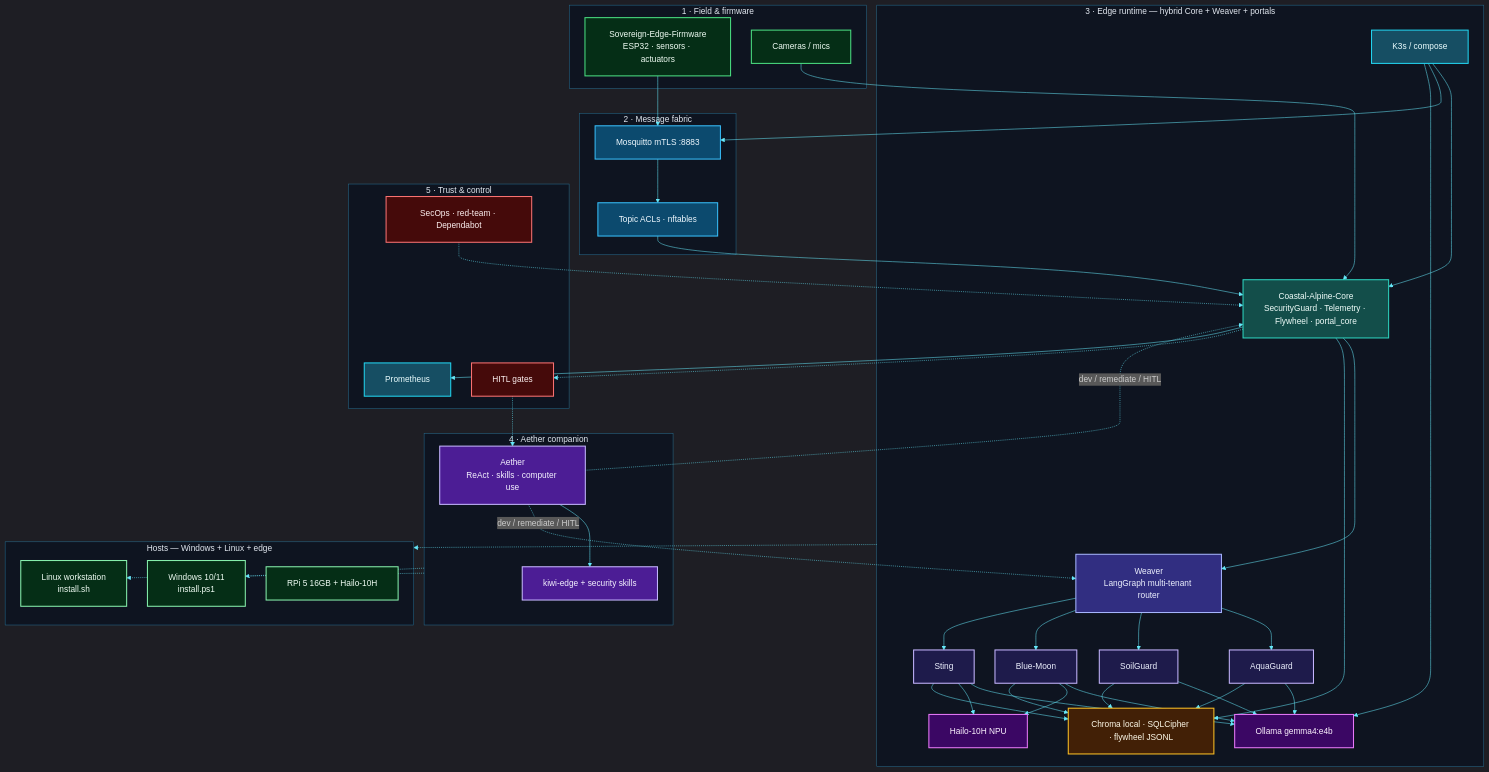
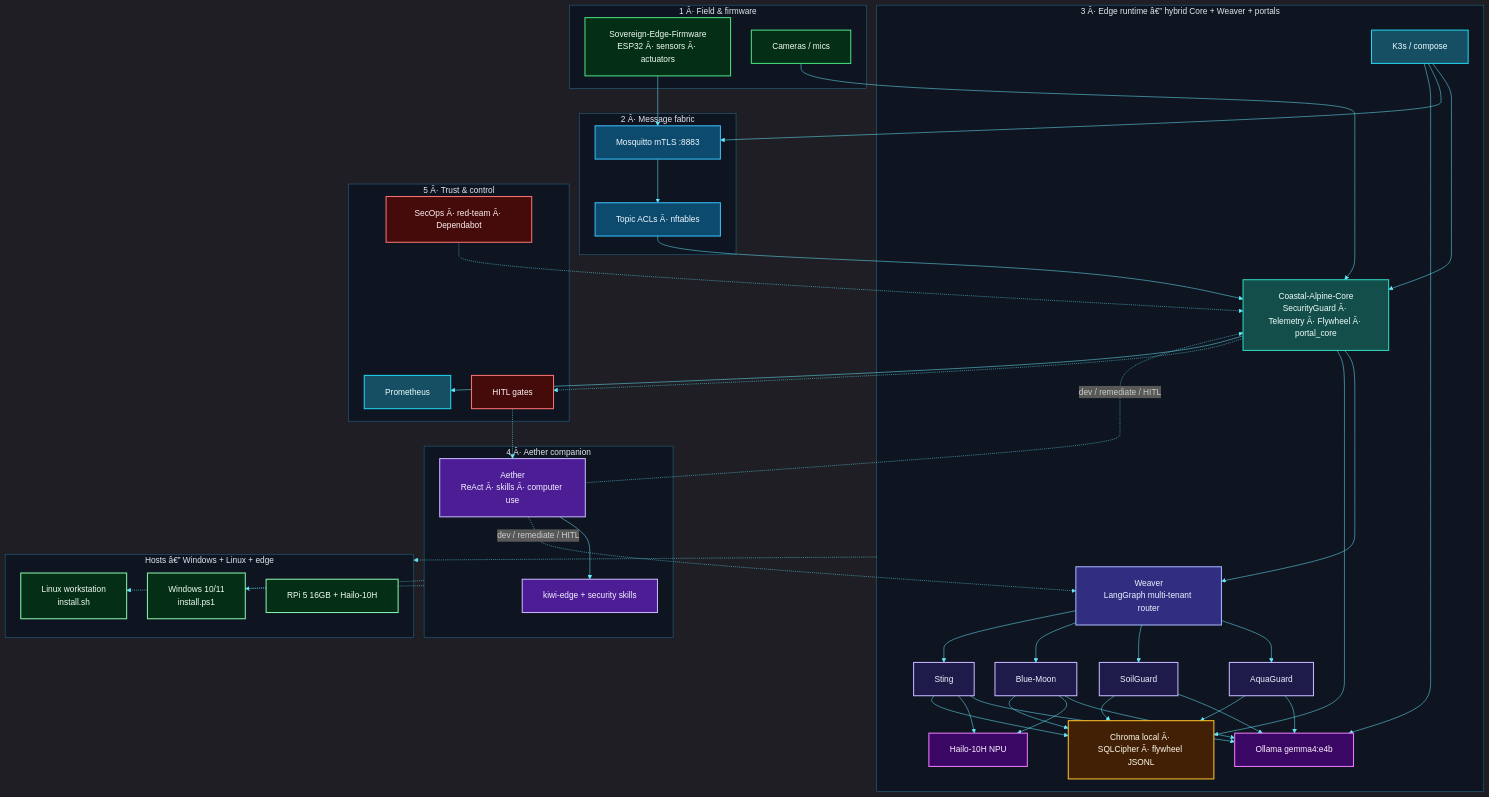
Before and after one commit to fivepanelhat/coastal-alpine-stack: the diagram in README.md, drawn with Mermaid. The commit also changed other lines of this file and 8 other files, not shown here.

```diff
--- a/README.md
+++ b/README.md
@@ -98,19 +115,19 @@
     classDef companion fill:#4c1d95,stroke:#c4b5fd,stroke-width:2px,color:#f5f3ff
     classDef host fill:#052e16,stroke:#86efac,stroke-width:2px,color:#f0fdf4
 
-    subgraph FIELD["1 · Field & firmware"]
-        ESP["Sovereign-Edge-Firmware<br/>ESP32 · sensors · actuators"]
+    subgraph FIELD["1 Â· Field & firmware"]
+        ESP["Sovereign-Edge-Firmware<br/>ESP32 Â· sensors Â· actuators"]
         CAM["Cameras / mics"]
     end
 
-    subgraph FABRIC["2 · Message fabric"]
+    subgraph FABRIC["2 Â· Message fabric"]
         MQTT["Mosquitto mTLS :8883"]
-        ACL["Topic ACLs · nftables"]
+        ACL["Topic ACLs Â· nftables"]
     end
 
-    subgraph NODE["3 · Edge runtime — hybrid Core + Weaver + portals"]
+    subgraph NODE["3 Â· Edge runtime â€” hybrid Core + Weaver + portals"]
         K3["K3s / compose"]
-        CORE["Coastal-Alpine-Core<br/>SecurityGuard · Telemetry · Flywheel · portal_core"]
+        CORE["Coastal-Alpine-Core<br/>SecurityGuard Â· Telemetry Â· Flywheel Â· portal_core"]
         W["Weaver<br/>LangGraph multi-tenant router"]
         AQ["AquaGuard"]
         SO["SoilGuard"]
@@ -118,21 +135,21 @@
         ST["Sting"]
         OLL["Ollama gemma4:e4b"]
         HAI["Hailo-10H NPU"]
-        MEM["Chroma local · SQLCipher · flywheel JSONL"]
+        MEM["Chroma local Â· SQLCipher Â· flywheel JSONL"]
     end
 
-    subgraph COMPANION["4 · Aether companion"]
-        AETH["Aether<br/>ReAct · skills · computer use"]
+    subgraph COMPANION["4 Â· Aether companion"]
+        AETH["Aether<br/>ReAct Â· skills Â· computer use"]
         SK["kiwi-edge + security skills"]
     end
 
-    subgraph TRUST["5 · Trust & control"]
+    subgraph TRUST["5 Â· Trust & control"]
         HITL["HITL gates"]
-        SEC["SecOps · red-team · Dependabot"]
+        SEC["SecOps Â· red-team Â· Dependabot"]
         PROM["Prometheus"]
     end
 
-    subgraph HOSTS["Hosts — Windows + Linux + edge"]
+    subgraph HOSTS["Hosts â€” Windows + Linux + edge"]
         WIN["Windows 10/11<br/>install.ps1"]
         LIN["Linux workstation<br/>install.sh"]
         RPI["RPi 5 16GB + Hailo-10H"]
```
